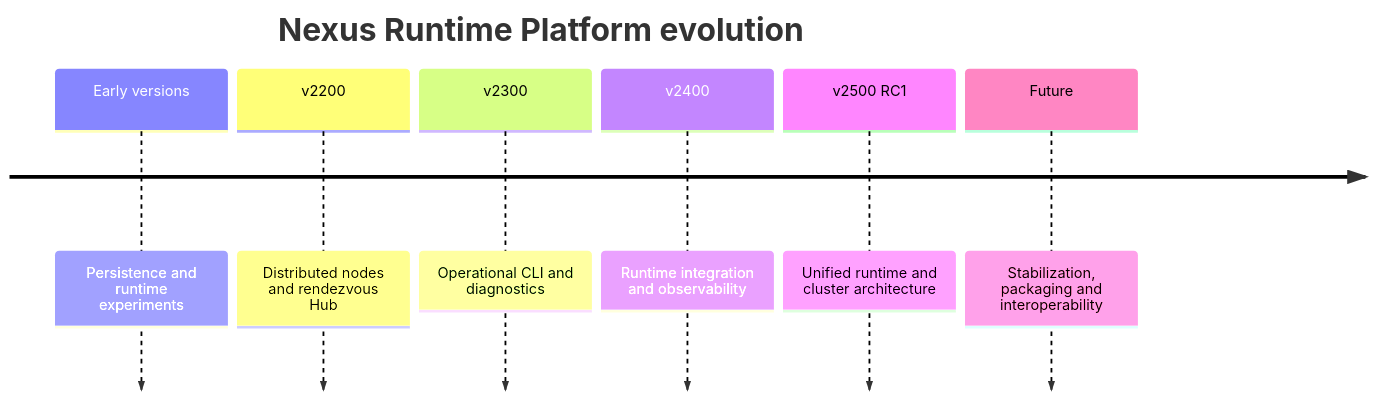
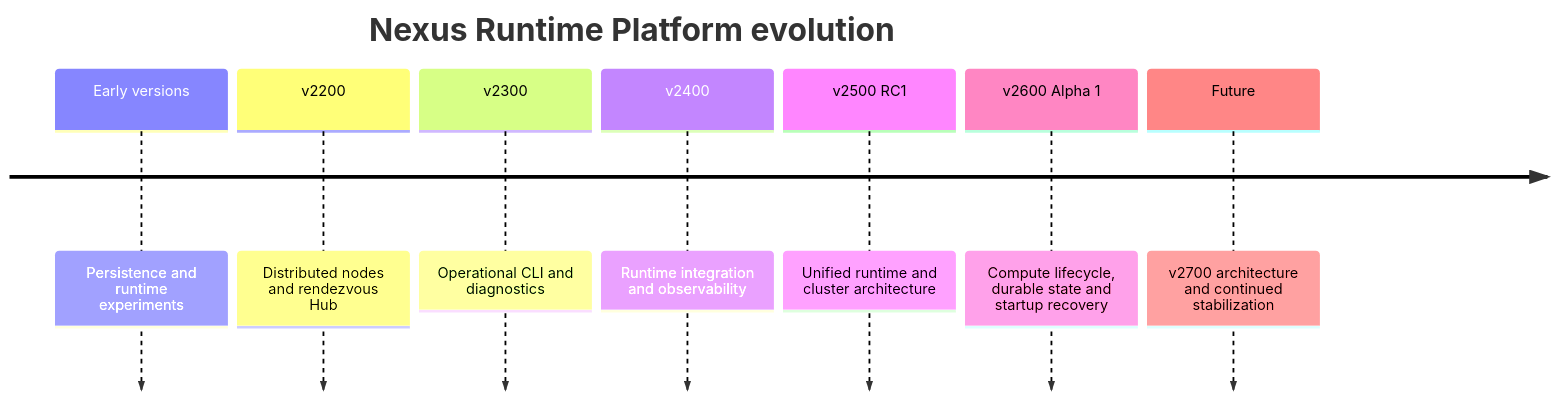
One commit to gutembergpb27/Termux-nexus changed the second of 2 diagrams in README.md. Above: the diagram before and after it, drawn with Mermaid. The commit also changed other lines of this file and 1 other file, not shown here.

Commit message:
docs(release): close out v2600 alpha 1

````diff
--- a/README.md
+++ b/README.md
@@ -340,10 +353,11 @@
 ```mermaid
 timeline
     title Nexus Runtime Platform evolution
     Early versions : Persistence and runtime experiments
     v2200 : Distributed nodes and rendezvous Hub
     v2300 : Operational CLI and diagnostics
     v2400 : Runtime integration and observability
     v2500 RC1 : Unified runtime and cluster architecture
-    Future : Stabilization, packaging and interoperability
+    v2600 Alpha 1 : Compute lifecycle, durable state and startup recovery
+    Future : v2700 architecture and continued stabilization
 ```
````
